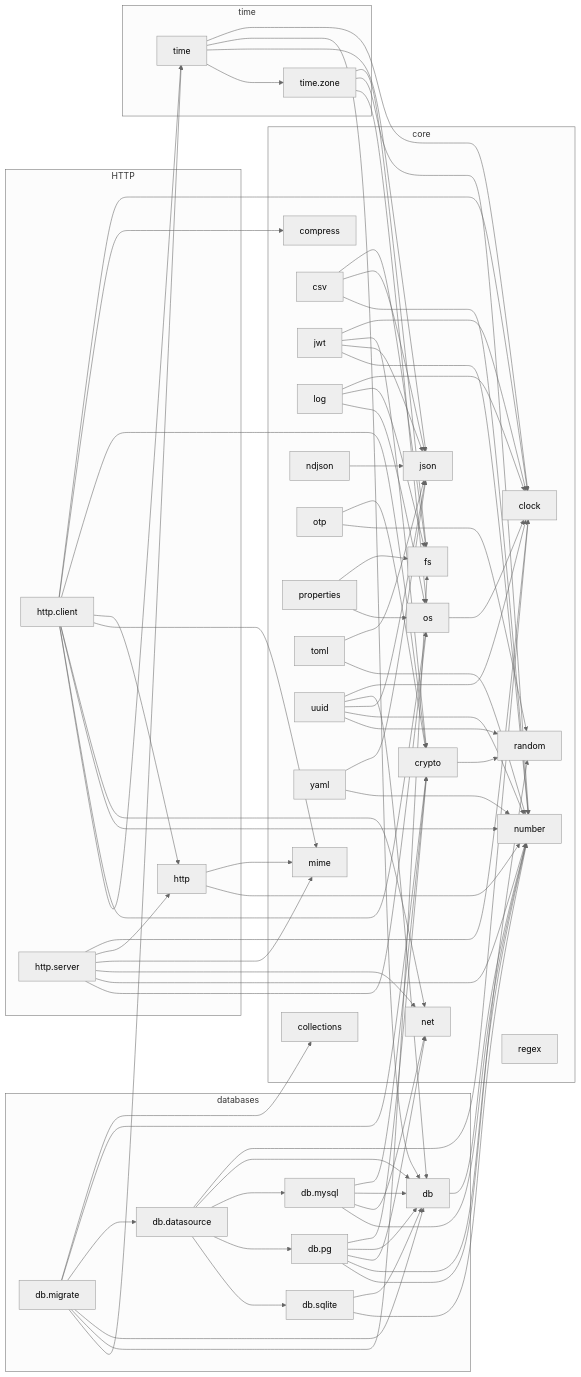
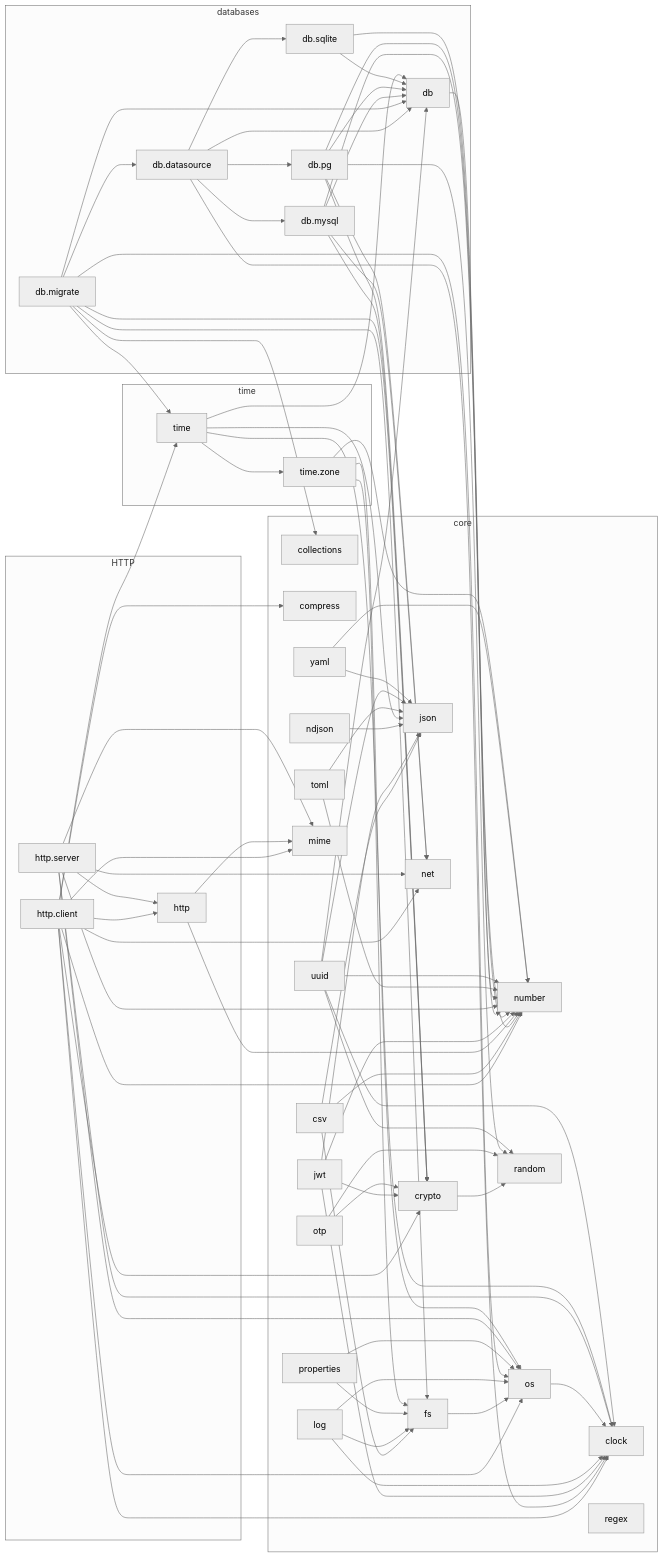
One commit to vasnatech/ziman changed the diagram in docs/lib/dependencies.md. Above: the diagram before and after it, drawn with Mermaid (neutral theme). The commit also changed other lines of this file and 32 other files, not shown here.

```diff
--- a/docs/lib/dependencies.md
+++ b/docs/lib/dependencies.md
@@ -66,6 +66,7 @@
     datasource --> pg
     datasource --> sqlite
     db --> number
+    fs --> os
     http --> mime
     http --> number
     jwt --> clock
@@ -80,6 +81,7 @@
     migrate --> datasource
     migrate --> db
     migrate --> fs
+    migrate --> os
     migrate --> time
     mysql --> crypto
     mysql --> db
```
